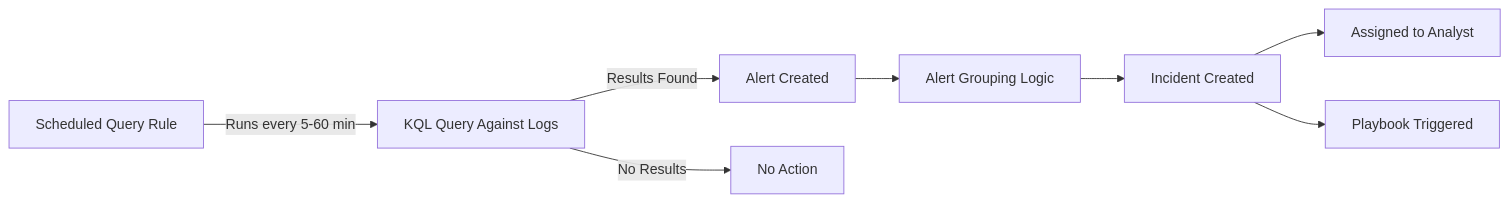
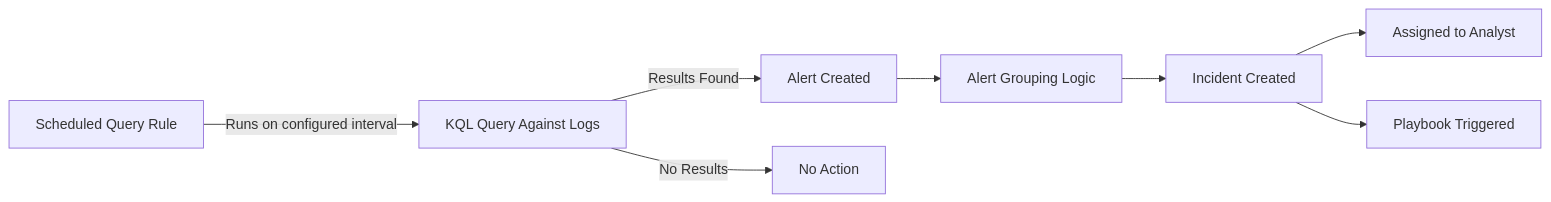
One commit to OneUptime/blog changed the diagram in posts/2026-02-16-how-to-create-microsoft-sentinel-analytics-rules-to-detect-suspicious-sign-in-patterns/README.md. Above: the diagram before and after it, drawn with Mermaid. The commit also changed other lines of this file and 2 other files, not shown here.

````diff
--- a/posts/2026-02-16-how-to-create-microsoft-sentinel-analytics-rules-to-detect-suspicious-sign-in-patterns/README.md
+++ b/posts/2026-02-16-how-to-create-microsoft-sentinel-analytics-rules-to-detect-suspicious-sign-in-patterns/README.md
@@ -19,10 +19,10 @@
 ```mermaid
 graph LR
-    A[Scheduled Query Rule] -->|Runs every 5-60 min| B[KQL Query Against Logs]
+    A[Scheduled Query Rule] -->|Runs on configured interval| B[KQL Query Against Logs]
     B -->|Results Found| C[Alert Created]
     B -->|No Results| D[No Action]
     C --> E[Alert Grouping Logic]
     E --> F[Incident Created]
     F --> G[Assigned to Analyst]
     F --> H[Playbook Triggered]
 ```
````
